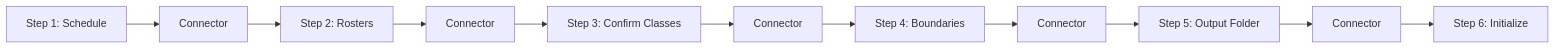
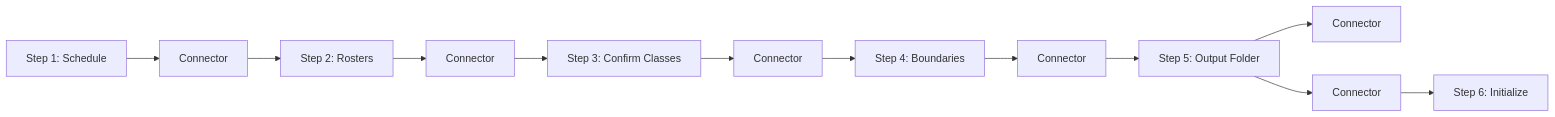
The diagram in 01 - Architecture/UI Architecture.md (DrinkBoooz/cvsu-generator_documentation), drawn with Mermaid before and after one commit. The commit also changed other lines of this file and 18 other files, not shown here.

Commit message:
3: map current application architecture, generators, templates, user guides, and perform hig audit

````diff
--- a/01 - Architecture/UI Architecture.md
+++ b/01 - Architecture/UI Architecture.md
@@ -45,13 +46,14 @@
 ```mermaid
 graph LR
     S1["Step 1: Schedule"] --> C1["Connector"]
     C1 --> S2["Step 2: Rosters"]
     S2 --> C2["Connector"]
     C2 --> S3["Step 3: Confirm Classes"]
     S3 --> C3["Connector"]
     C3 --> S4["Step 4: Boundaries"]
     S4 --> C4["Connector"]
     C4 --> S5["Step 5: Output Folder"]
     S5 --> C5["Connector"]
-    C5 --> S6["Step 6: Initialize"]
+    S5 --> C6["Connector"]
+    C6 --> S6["Step 6: Initialize"]
 ```
````
